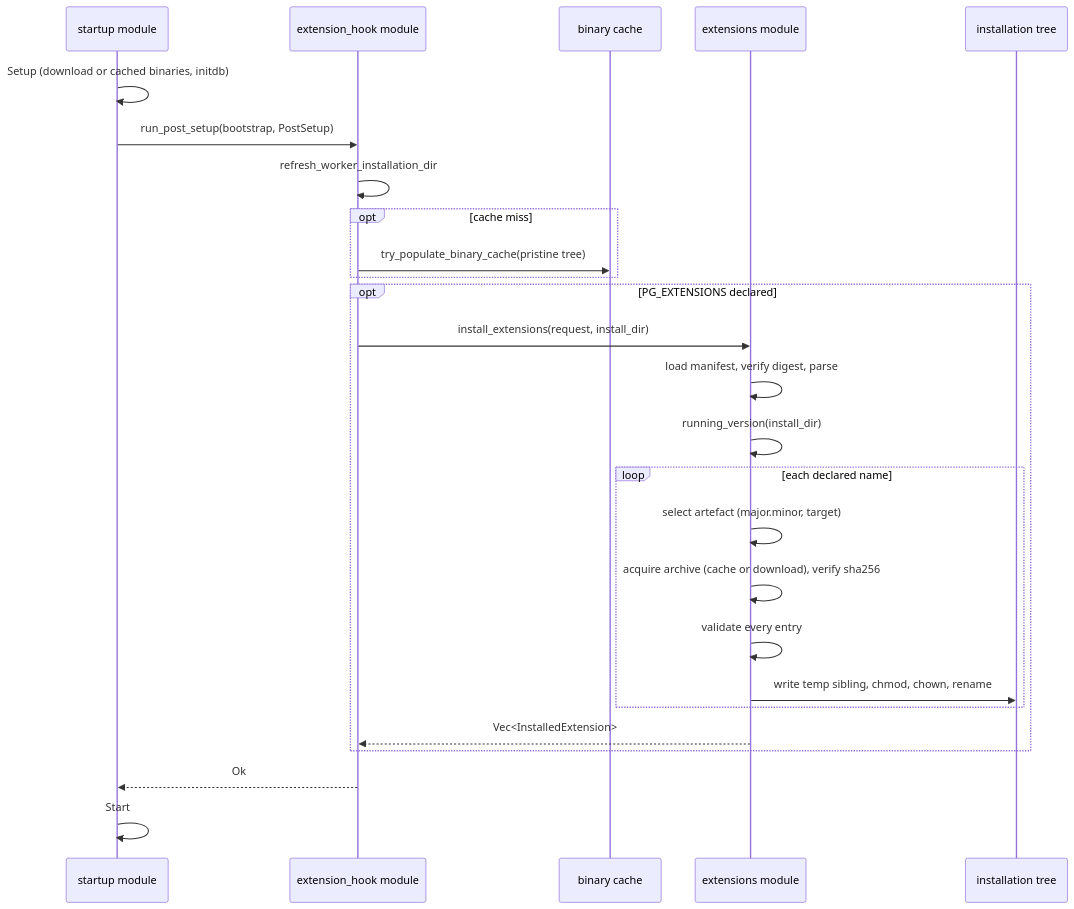
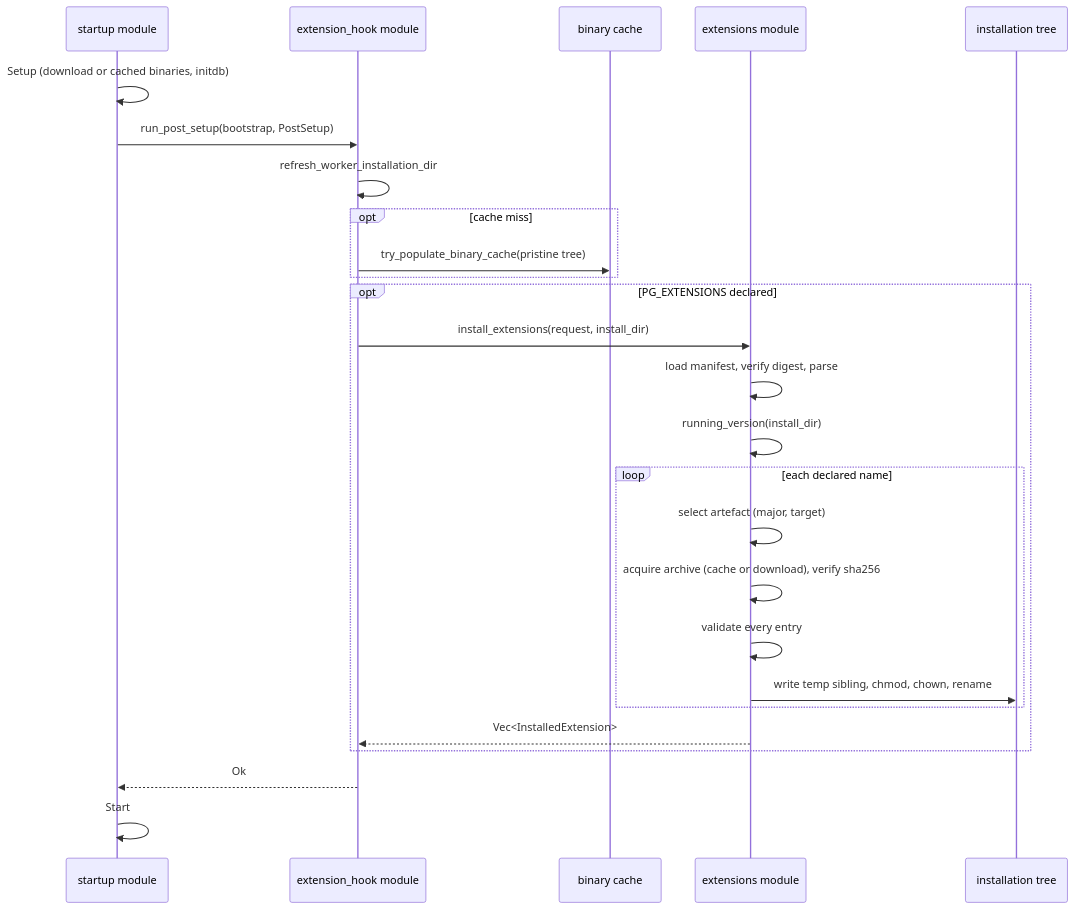
One commit to leynos/pg-embed-setup-unpriv changed the diagram in docs/extensions.md. Above: the diagram before and after it, drawn with Mermaid. The commit also changed other lines of this file and 9 other files, not shown here.

````diff
--- a/docs/extensions.md
+++ b/docs/extensions.md
@@ -149,29 +153,29 @@
 ```mermaid
 sequenceDiagram
     participant startup as startup module
     participant hook as extension_hook module
     participant cache as binary cache
     participant extensions as extensions module
     participant fs as installation tree
 
     startup->>startup: Setup (download or cached binaries, initdb)
     startup->>hook: run_post_setup(bootstrap, PostSetup)
     hook->>hook: refresh_worker_installation_dir
     opt cache miss
         hook->>cache: try_populate_binary_cache(pristine tree)
     end
     opt PG_EXTENSIONS declared
         hook->>extensions: install_extensions(request, install_dir)
         extensions->>extensions: load manifest, verify digest, parse
         extensions->>extensions: running_version(install_dir)
         loop each declared name
-            extensions->>extensions: select artefact (major.minor, target)
+            extensions->>extensions: select artefact (major, target)
             extensions->>extensions: acquire archive (cache or download), verify sha256
             extensions->>extensions: validate every entry
             extensions->>fs: write temp sibling, chmod, chown, rename
         end
         extensions-->>hook: Vec<InstalledExtension>
     end
     hook-->>startup: Ok
     startup->>startup: Start
 ```
````
